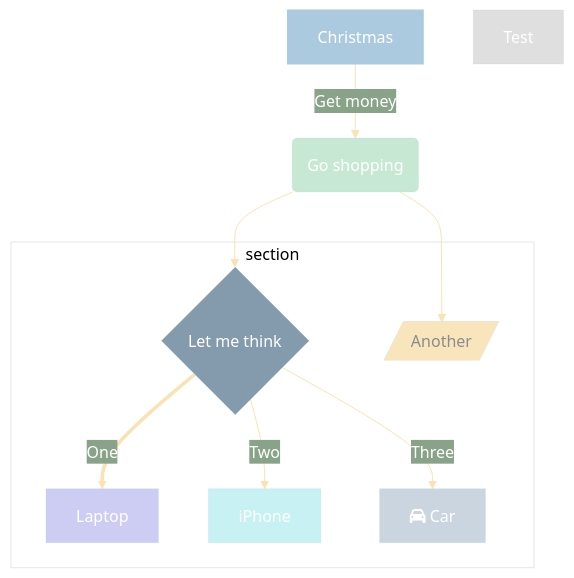
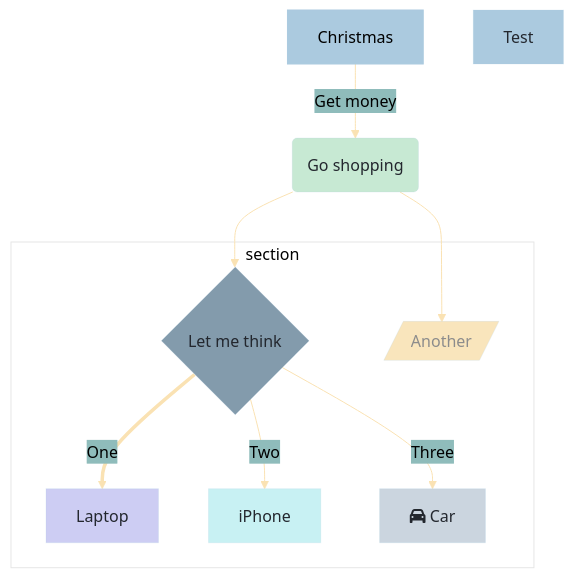
Before and after one commit to thorbjornium/Software-Manual: the diagram in src/mdbook_syntax.md, drawn with Mermaid. The commit also changed other lines of this file and 6 other files, not shown here.

````diff
--- a/src/mdbook_syntax.md
+++ b/src/mdbook_syntax.md
@@ -180,48 +119,48 @@
 ```mermaid
 %%{
   init: {
     'theme': 'base',
     'themeVariables': {
       'primaryColor': '#abcadf',
-      'primaryTextColor': '#fff',
+      'primaryTextColor': '#000',
       'primaryBorderColor': '#abcadf',
       'lineColor': '#fae2b3',
-      'secondaryColor': '#89a389',
+      'secondaryColor': '#8FBCBB',
       'tertiaryColor': '#fff'
     }
   }
 }%%
         graph TD
           A[Christmas] -->|Get money| B(Go shopping)
           B --> C{Let me think}
           B --> G[/Another/]
           C ==>|One| D[Laptop]
           C -->|Two| E[iPhone]
           C -->|Three| F[fa:fa-car Car]
 
-style D fill:#cdcdf3,color:#FFFFFF,stroke-opacity:0.2
+style D fill:#cdcdf3,color:#23272e,stroke-opacity:0.2
 
-style E fill:#c8f1f3,color:#FFFFFF,stroke-opacity:0.2
+style E fill:#c8f1f3,color:#23272e,stroke-opacity:0.2
 
 style G fill:#f9e5bc,color:#8c8c8c,stroke-opacity:0.2
 
-style C fill:#839bac,color:#,stroke-opacity:0.2
+style C fill:#839bac,color:#23272e,stroke-opacity:0.2
 
-style B fill:#c7e9d3,color:#FFFFFF,stroke-opacity:0.2
+style B fill:#c7e9d3,color:#23272e,stroke-opacity:0.2
 
-style F fill:#cbd5df,color:#FFFFFF,stroke-opacity:0.2
+style F fill:#cbd5df,color:#23272e,stroke-opacity:0.2
 
-style Test fill:#dfdfdf,color:#FFFFFF,stroke-opacity:0.2
+style Test fill:#73737,color:#23272e,stroke-opacity:0.2
 
 
 
           subgraph section
             C
             D
             E
             F
             G
           end
           
           
 ```
````
